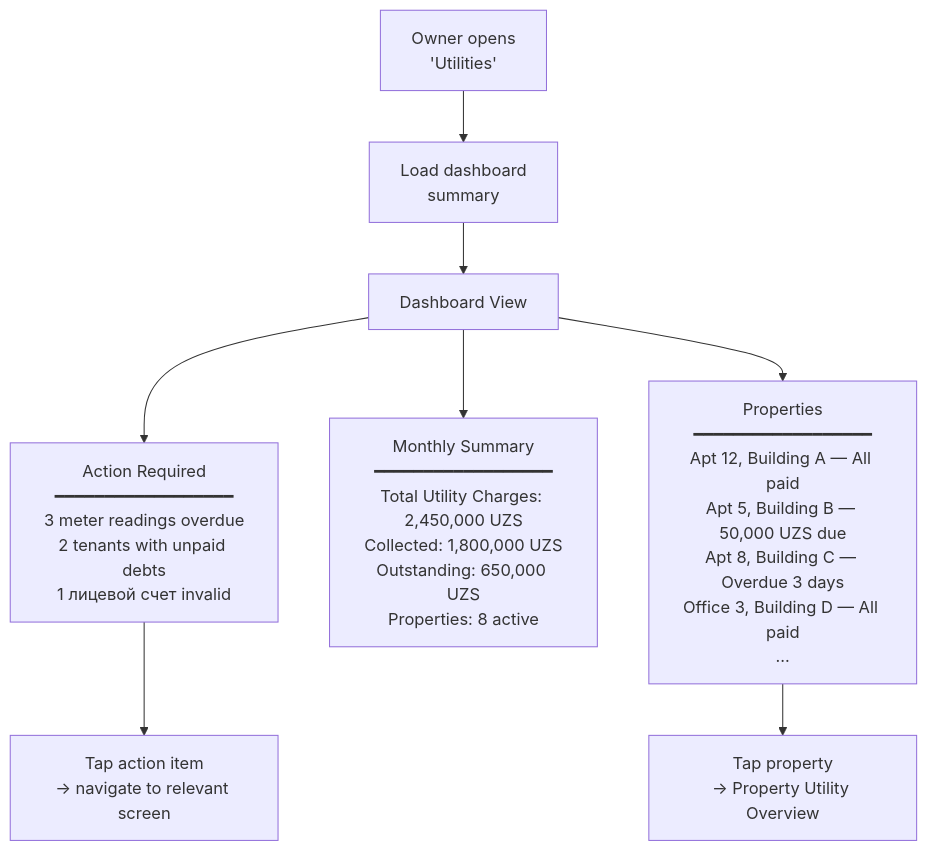
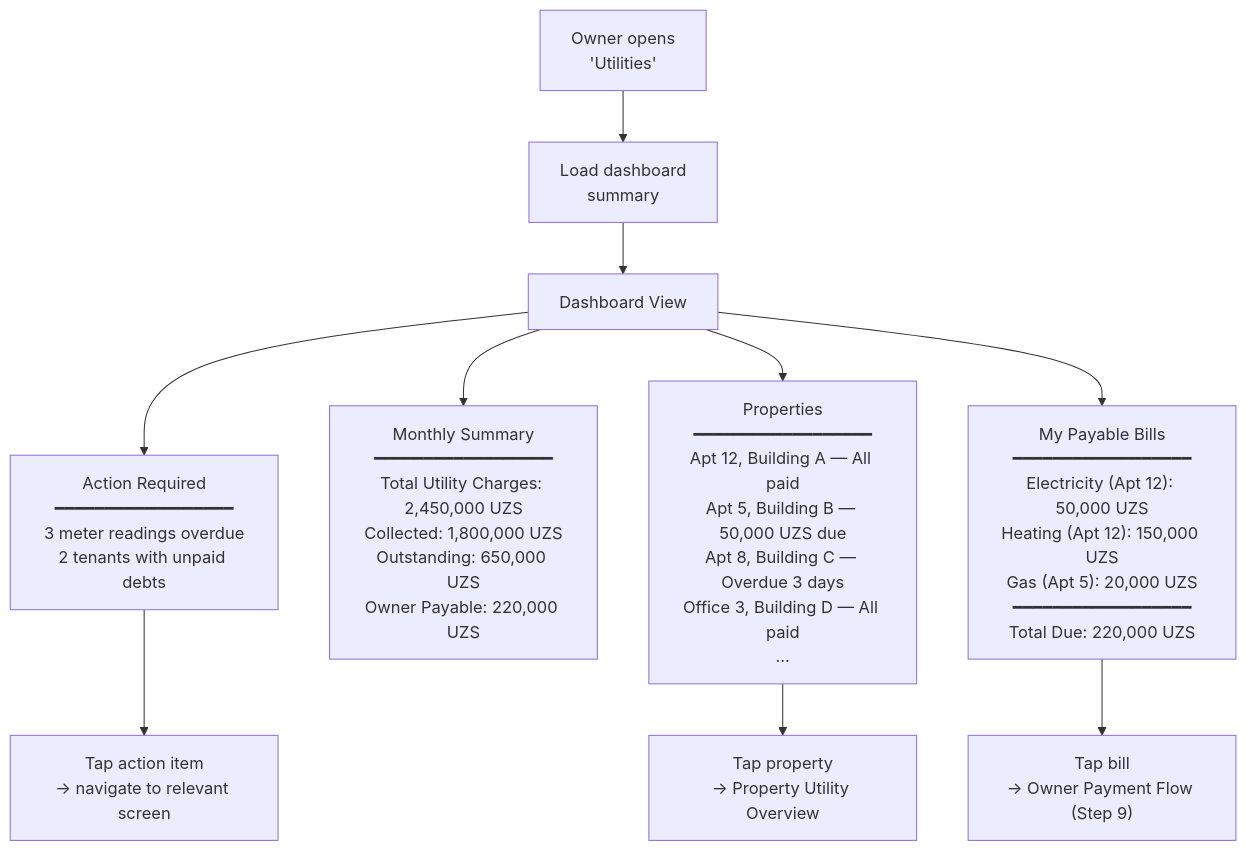
Before and after one commit to saodatm-dev/Utilities---Informational-Architecture: the second of 10 diagrams in Utilities - Business Owner.md, drawn with Mermaid. The commit also changed other lines of this file and 1 other file, not shown here.

Commit message:
feat: Introduce a dedicated owner payable bills section and streamline the business owner utility management flow by integrating payment details and removing a separate payment flow document.

````diff
--- a/Utilities - Business Owner.md
+++ b/Utilities - Business Owner.md
@@ -63,15 +67,18 @@
 ```mermaid
 flowchart TD
     OPEN["Owner opens<br/>'Utilities'"] --> LOAD["Load dashboard<br/>summary"]
 
     LOAD --> DASH["Dashboard View"]
 
-    DASH --> SECTION_A["Action Required<br/>━━━━━━━━━━━━━━━━━━<br/>3 meter readings overdue<br/>2 tenants with unpaid debts<br/>1 лицевой счет invalid"]
+    DASH --> SECTION_A["Action Required<br/>━━━━━━━━━━━━━━━━━━<br/>3 meter readings overdue<br/>2 tenants with unpaid debts"]
 
-    DASH --> SECTION_B["Monthly Summary<br/>━━━━━━━━━━━━━━━━━━<br/>Total Utility Charges: 2,450,000 UZS<br/>Collected: 1,800,000 UZS<br/>Outstanding: 650,000 UZS<br/>Properties: 8 active"]
+    DASH --> SECTION_B["Monthly Summary<br/>━━━━━━━━━━━━━━━━━━<br/>Total Utility Charges: 2,450,000 UZS<br/>Collected: 1,800,000 UZS<br/>Outstanding: 650,000 UZS<br/>Owner Payable: 220,000 UZS"]
 
     DASH --> SECTION_C["Properties<br/>━━━━━━━━━━━━━━━━━━<br/>Apt 12, Building A — All paid<br/>Apt 5, Building B — 50,000 UZS due<br/>Apt 8, Building C — Overdue 3 days<br/>Office 3, Building D — All paid<br/>..."]
 
+    DASH --> SECTION_D["My Payable Bills<br/>━━━━━━━━━━━━━━━━━━<br/>Electricity (Apt 12): 50,000 UZS<br/>Heating (Apt 12): 150,000 UZS<br/>Gas (Apt 5): 20,000 UZS<br/>━━━━━━━━━━━━━━━━━━<br/>Total Due: 220,000 UZS"]
+
     SECTION_A --> TAP_ACTION["Tap action item<br/>→ navigate to relevant screen"]
     SECTION_C --> TAP_PROP["Tap property<br/>→ Property Utility Overview"]
+    SECTION_D --> TAP_BILL["Tap bill<br/>→ Owner Payment Flow (Step 9)"]
 ```
````
